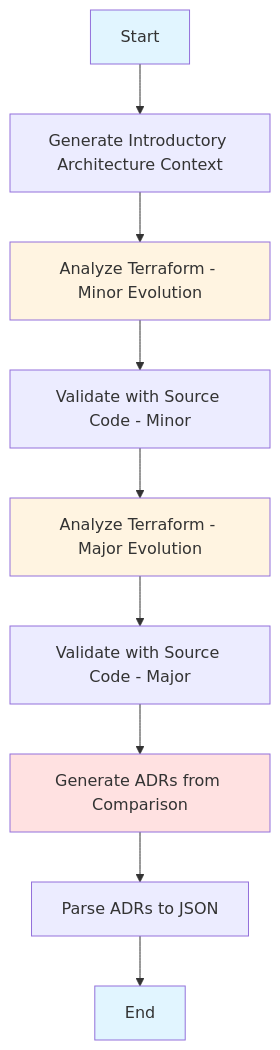
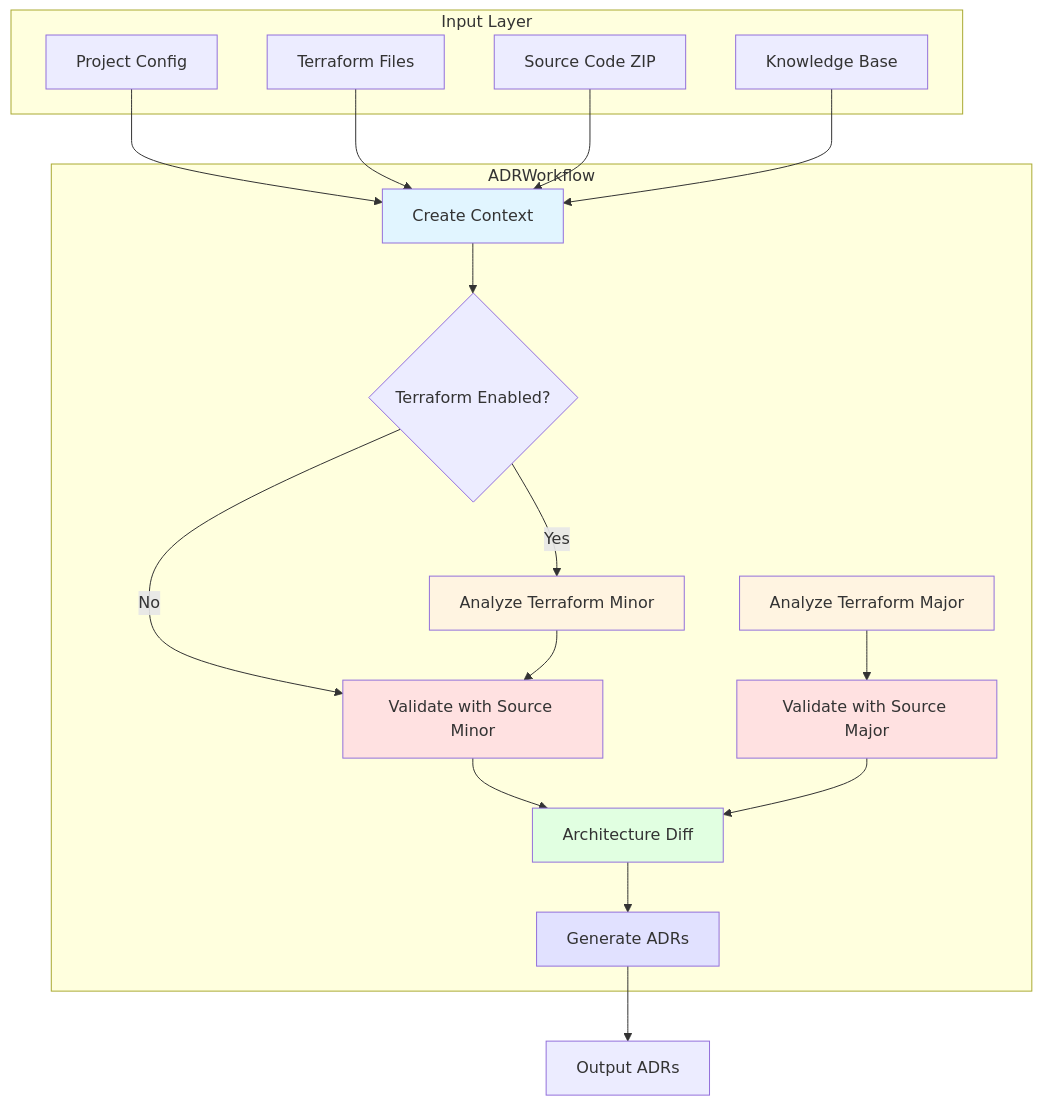
Before and after one commit to andresdp/adrtfcodesynth: the first of 2 diagrams in plans/project-analysis-report.md, drawn with Mermaid. The commit also changed other lines of this file and 19 other files, not shown here.

````diff
--- a/plans/project-analysis-report.md
+++ b/plans/project-analysis-report.md
@@ -63,17 +95,43 @@
 ```mermaid
 flowchart TD
-    A[Start] --> B[Generate Introductory Architecture Context]
-    B --> C[Analyze Terraform - Minor Evolution]
-    C --> D[Validate with Source Code - Minor]
-    D --> E[Analyze Terraform - Major Evolution]
-    E --> F[Validate with Source Code - Major]
-    F --> G[Generate ADRs from Comparison]
-    G --> H[Parse ADRs to JSON]
-    H --> I[End]
+    subgraph Input[Input Layer]
+        A[Project Config]
+        B[Terraform Files]
+        C[Source Code ZIP]
+        D[Knowledge Base]
+    end
     
-    style A fill:#e1f5ff
-    style I fill:#e1f5ff
-    style C fill:#fff4e1
-    style E fill:#fff4e1
-    style G fill:#ffe1e1
+    subgraph Workflow[ADRWorkflow]
+        E[Create Context]
+        F{Terraform Enabled?}
+        G[Analyze Terraform Minor]
+        H[Analyze Terraform Major]
+        I[Validate with Source Minor]
+        J[Validate with Source Major]
+        K[Architecture Diff]
+        L[Generate ADRs]
+    end
+    
+    A --> E
+    B --> E
+    C --> E
+    D --> E
+    
+    E --> F
+    F -->|Yes| G
+    F -->|No| I
+    G --> I
+    H --> J
+    I --> K
+    J --> K
+    K --> L
+    L --> M[Output ADRs]
+    
+    style E fill:#e1f5ff
+    style G fill:#fff4e1
+    style H fill:#fff4e1
+    style I fill:#ffe1e1
+    style J fill:#ffe1e1
+    style K fill:#e1ffe1
+    style L fill:#e1e1ff
 ```
````
